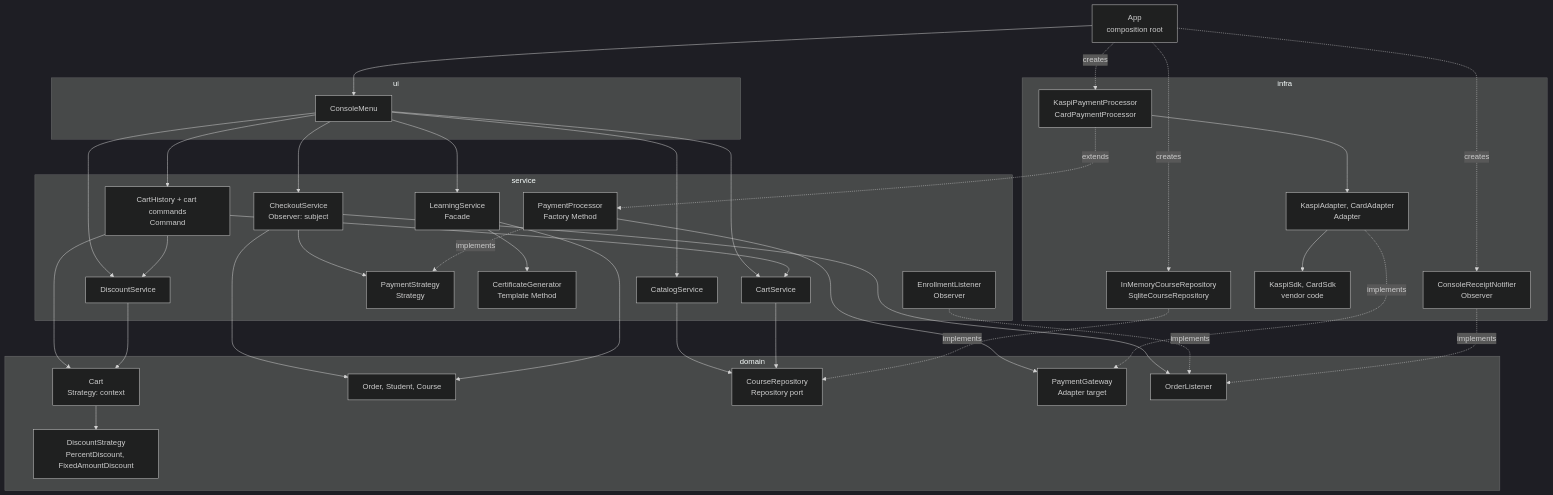
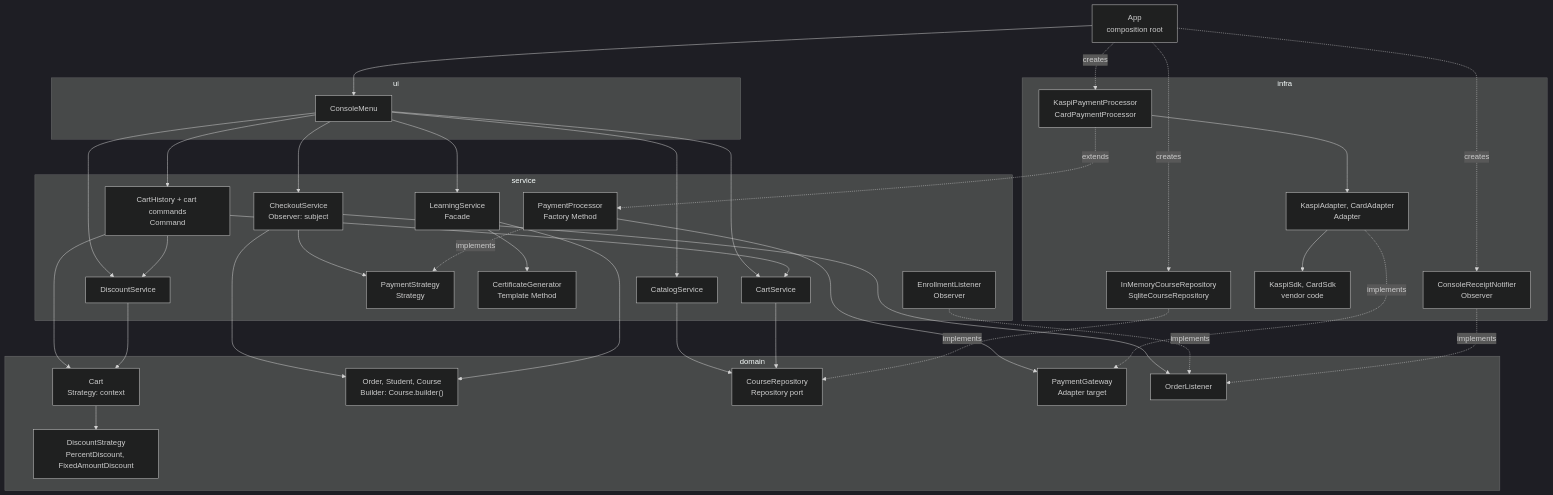
Before and after one commit to ahmadforoghanoosh-alt/online-course-marketplace: the diagram in README.md, drawn with Mermaid (dark theme). The commit also changed other lines of this file and 2 other files, not shown here.

Commit message:
docs: ADR-0008 Builder and register row 9 (#65)

````diff
--- a/README.md
+++ b/README.md
@@ -38,62 +38,62 @@
 ```mermaid
 flowchart TB
   App["App<br/>composition root"]
 
   subgraph UI["ui"]
     Menu["ConsoleMenu"]
   end
 
   subgraph SERVICE["service"]
     Catalog["CatalogService"]
     CartSvc["CartService"]
     History["CartHistory + cart commands<br/>Command"]
     Discounts["DiscountService"]
     Checkout["CheckoutService<br/>Observer: subject"]
     Learning["LearningService<br/>Facade"]
     PayStrat["PaymentStrategy<br/>Strategy"]
     Processor["PaymentProcessor<br/>Factory Method"]
     CertGen["CertificateGenerator<br/>Template Method"]
     Enroll["EnrollmentListener<br/>Observer"]
   end
 
   subgraph DOMAIN["domain"]
     Cart["Cart<br/>Strategy: context"]
     Strategy["DiscountStrategy<br/>PercentDiscount, FixedAmountDiscount"]
-    Order["Order, Student, Course"]
+    Order["Order, Student, Course<br/>Builder: Course.builder()"]
     RepoPort["CourseRepository<br/>Repository port"]
     Gateway["PaymentGateway<br/>Adapter target"]
     Listener["OrderListener"]
   end
 
   subgraph INFRA["infra"]
     Repos["InMemoryCourseRepository<br/>SqliteCourseRepository"]
     Adapters["KaspiAdapter, CardAdapter<br/>Adapter"]
     Sdks["KaspiSdk, CardSdk<br/>vendor code"]
     Procs["KaspiPaymentProcessor<br/>CardPaymentProcessor"]
     Receipt["ConsoleReceiptNotifier<br/>Observer"]
   end
 
   App --> Menu
   App -.creates.-> Repos & Procs & Receipt
 
   Menu --> Catalog & CartSvc & Discounts & Checkout & Learning & History
   History --> CartSvc & Discounts & Cart
   Catalog & CartSvc --> RepoPort
   Discounts --> Cart
   Cart --> Strategy
   Checkout --> PayStrat
   Processor -.implements.-> PayStrat
   Checkout --> Listener
   Checkout --> Order
   Learning --> CertGen
   Learning --> Order
   Processor --> Gateway
   Enroll -.implements.-> Listener
 
   Repos -.implements.-> RepoPort
   Procs -.extends.-> Processor
   Procs --> Adapters
   Adapters -.implements.-> Gateway
   Adapters --> Sdks
   Receipt -.implements.-> Listener
 ```
````
